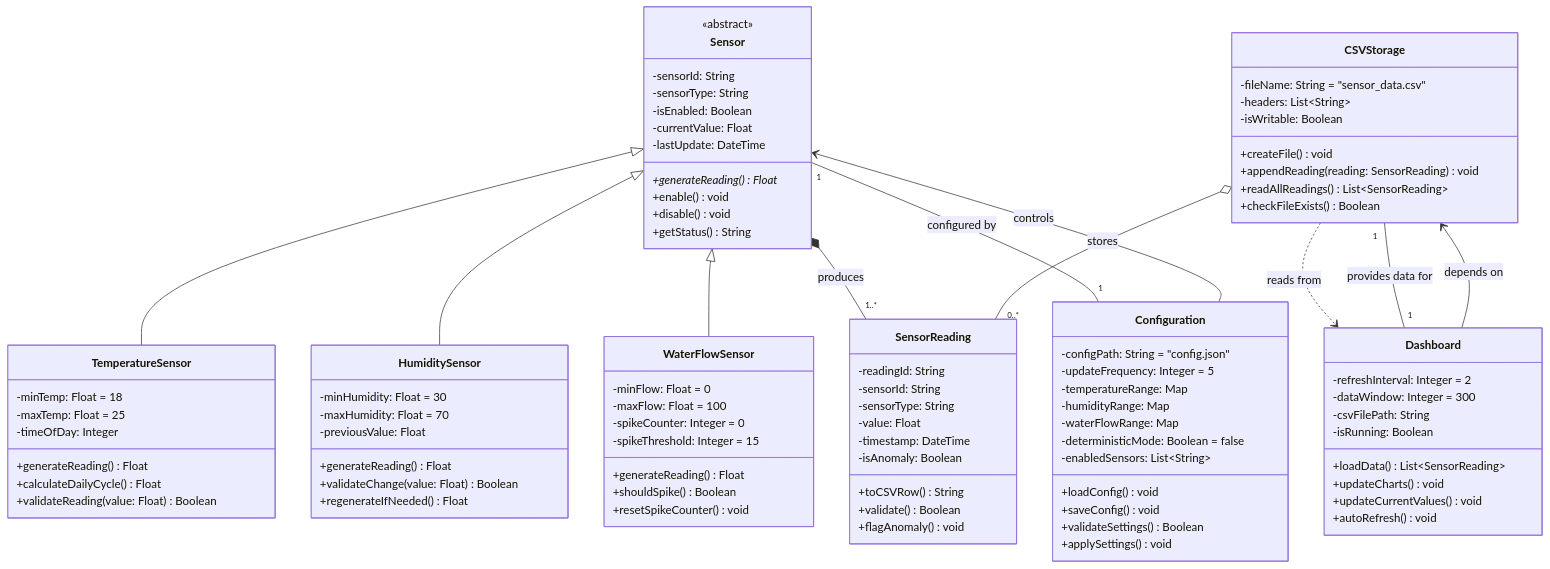
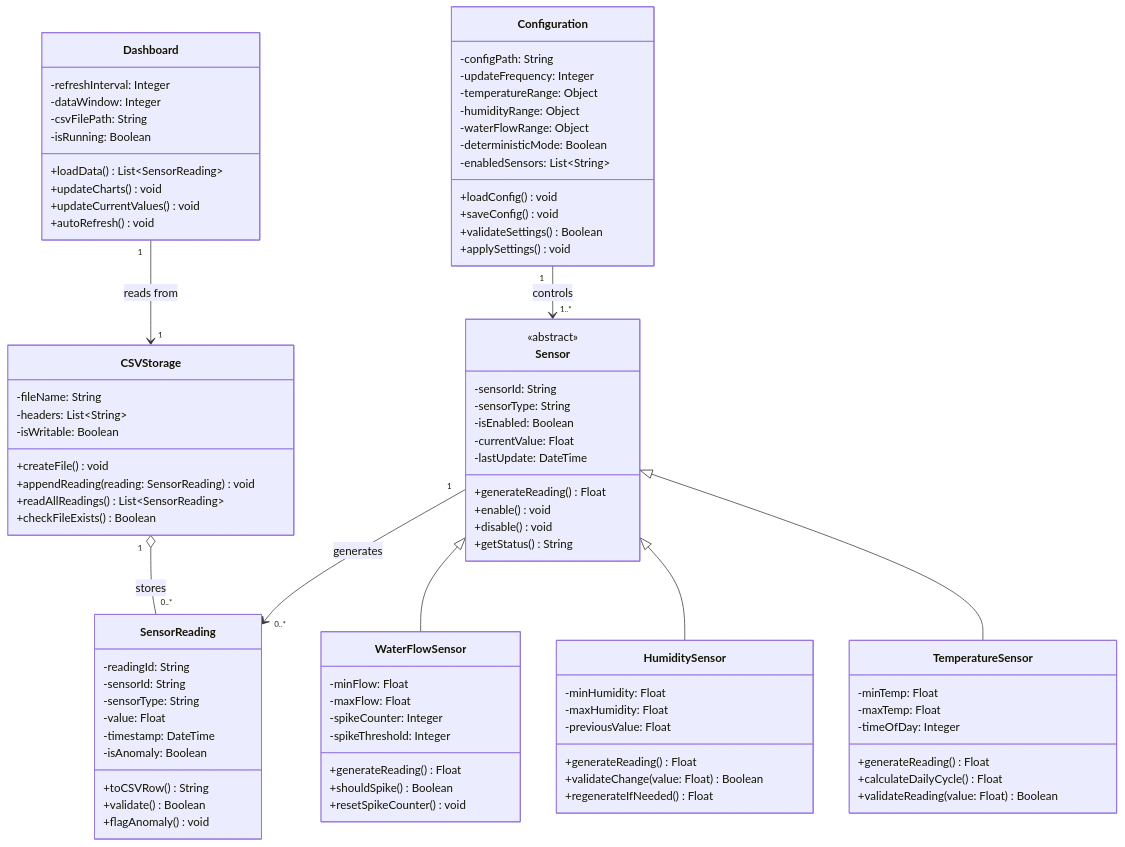
Before and after one commit to ZandreC23/IoTSim-Virtual-Sensor-Network: the diagram in Assignment-9/CLASS-DIAGRAM.md, drawn with Mermaid. The commit also changed other lines of this file, not shown here.

Commit message:
update class diagram for Assignment 9

````diff
--- a/Assignment-9/CLASS-DIAGRAM.md
+++ b/Assignment-9/CLASS-DIAGRAM.md
@@ -5,110 +5,115 @@
 ```mermaid
 classDiagram
-    class Sensor {
-        <<abstract>>
-        -sensorId: String
-        -sensorType: String
-        -isEnabled: Boolean
-        -currentValue: Float
-        -lastUpdate: DateTime
-        +generateReading()* Float
-        +enable() void
-        +disable() void
-        +getStatus() String
-    }
 
-    class TemperatureSensor {
-        -minTemp: Float = 18
-        -maxTemp: Float = 25
-        -timeOfDay: Integer
-        +generateReading() Float
-        +calculateDailyCycle() Float
-        +validateReading(value: Float) Boolean
-    }
+%% =========================
+%% ABSTRACT BASE CLASS
+%% =========================
+class Sensor {
+    <<abstract>>
+    -sensorId: String
+    -sensorType: String
+    -isEnabled: Boolean
+    -currentValue: Float
+    -lastUpdate: DateTime
+    +generateReading() Float
+    +enable() void
+    +disable() void
+    +getStatus() String
+}
 
-    class HumiditySensor {
-        -minHumidity: Float = 30
-        -maxHumidity: Float = 70
-        -previousValue: Float
-        +generateReading() Float
-        +validateChange(value: Float) Boolean
-        +regenerateIfNeeded() Float
-    }
+%% =========================
+%% SENSOR TYPES
+%% =========================
+class TemperatureSensor {
+    -minTemp: Float
+    -maxTemp: Float
+    -timeOfDay: Integer
+    +generateReading() Float
+    +calculateDailyCycle() Float
+    +validateReading(value: Float) Boolean
+}
 
-    class WaterFlowSensor {
-        -minFlow: Float = 0
-        -maxFlow: Float = 100
-        -spikeCounter: Integer = 0
-        -spikeThreshold: Integer = 15
-        +generateReading() Float
-        +shouldSpike() Boolean
-        +resetSpikeCounter() void
-    }
+class HumiditySensor {
+    -minHumidity: Float
+    -maxHumidity: Float
+    -previousValue: Float
+    +generateReading() Float
+    +validateChange(value: Float) Boolean
+    +regenerateIfNeeded() Float
+}
 
-    class SensorReading {
-        -readingId: String
-        -sensorId: String
-        -sensorType: String
-        -value: Float
-        -timestamp: DateTime
-        -isAnomaly: Boolean
-        +toCSVRow() String
-        +validate() Boolean
-        +flagAnomaly() void
-    }
+class WaterFlowSensor {
+    -minFlow: Float
+    -maxFlow: Float
+    -spikeCounter: Integer
+    -spikeThreshold: Integer
+    +generateReading() Float
+    +shouldSpike() Boolean
+    +resetSpikeCounter() void
+}
 
-    class CSVStorage {
-        -fileName: String = "sensor_data.csv"
-        -headers: List~String~
-        -isWritable: Boolean
-        +createFile() void
-        +appendReading(reading: SensorReading) void
-        +readAllReadings() List~SensorReading~
-        +checkFileExists() Boolean
-    }
+%% =========================
+%% SUPPORTING CLASSES
+%% =========================
+class SensorReading {
+    -readingId: String
+    -sensorId: String
+    -sensorType: String
+    -value: Float
+    -timestamp: DateTime
+    -isAnomaly: Boolean
+    +toCSVRow() String
+    +validate() Boolean
+    +flagAnomaly() void
+}
 
-    class Dashboard {
-        -refreshInterval: Integer = 2
-        -dataWindow: Integer = 300
-        -csvFilePath: String
-        -isRunning: Boolean
-        +loadData() List~SensorReading~
-        +updateCharts() void
-        +updateCurrentValues() void
-        +autoRefresh() void
-    }
+class CSVStorage {
+    -fileName: String
+    -headers: List~String~
+    -isWritable: Boolean
+    +createFile() void
+    +appendReading(reading: SensorReading) void
+    +readAllReadings() List~SensorReading~
+    +checkFileExists() Boolean
+}
 
-    class Configuration {
-        -configPath: String = "config.json"
-        -updateFrequency: Integer = 5
-        -temperatureRange: Map
-        -humidityRange: Map
-        -waterFlowRange: Map
-        -deterministicMode: Boolean = false
-        -enabledSensors: List~String~
-        +loadConfig() void
-        +saveConfig() void
-        +validateSettings() Boolean
-        +applySettings() void
-    }
+class Dashboard {
+    -refreshInterval: Integer
+    -dataWindow: Integer
+    -csvFilePath: String
+    -isRunning: Boolean
+    +loadData() List~SensorReading~
+    +updateCharts() void
+    +updateCurrentValues() void
+    +autoRefresh() void
+}
 
-    %% Inheritance Relationships
-    Sensor <|-- TemperatureSensor
-    Sensor <|-- HumiditySensor
-    Sensor <|-- WaterFlowSensor
+class Configuration {
+    -configPath: String
+    -updateFrequency: Integer
+    -temperatureRange: Object
+    -humidityRange: Object
+    -waterFlowRange: Object
+    -deterministicMode: Boolean
+    -enabledSensors: List~String~
+    +loadConfig() void
+    +saveConfig() void
+    +validateSettings() Boolean
+    +applySettings() void
+}
 
-    %% Composition Relationships (strong)
-    Sensor *-- "1..*" SensorReading : produces
+%% =========================
+%% INHERITANCE RELATIONSHIPS
+%% =========================
+Sensor <|-- TemperatureSensor
+Sensor <|-- HumiditySensor
+Sensor <|-- WaterFlowSensor
 
-    %% Aggregation Relationships (weak)
-    CSVStorage o-- "0..*" SensorReading : stores
-
-    %% Association Relationships
-    CSVStorage ..> Dashboard : reads from
-    Configuration --> Sensor : controls
-    Dashboard --> CSVStorage : depends on
-
-    %% Multiplicity
-    Sensor "1" -- "1" Configuration : configured by
-    CSVStorage "1" -- "1" Dashboard : provides data for
+%% =========================
+%% CLASS RELATIONSHIPS
+%% =========================
+Sensor "1" --> "0..*" SensorReading : generates
+CSVStorage "1" o-- "0..*" SensorReading : stores
+Dashboard "1" --> "1" CSVStorage : reads from
+Configuration "1" --> "1..*" Sensor : controls
 ```
````
